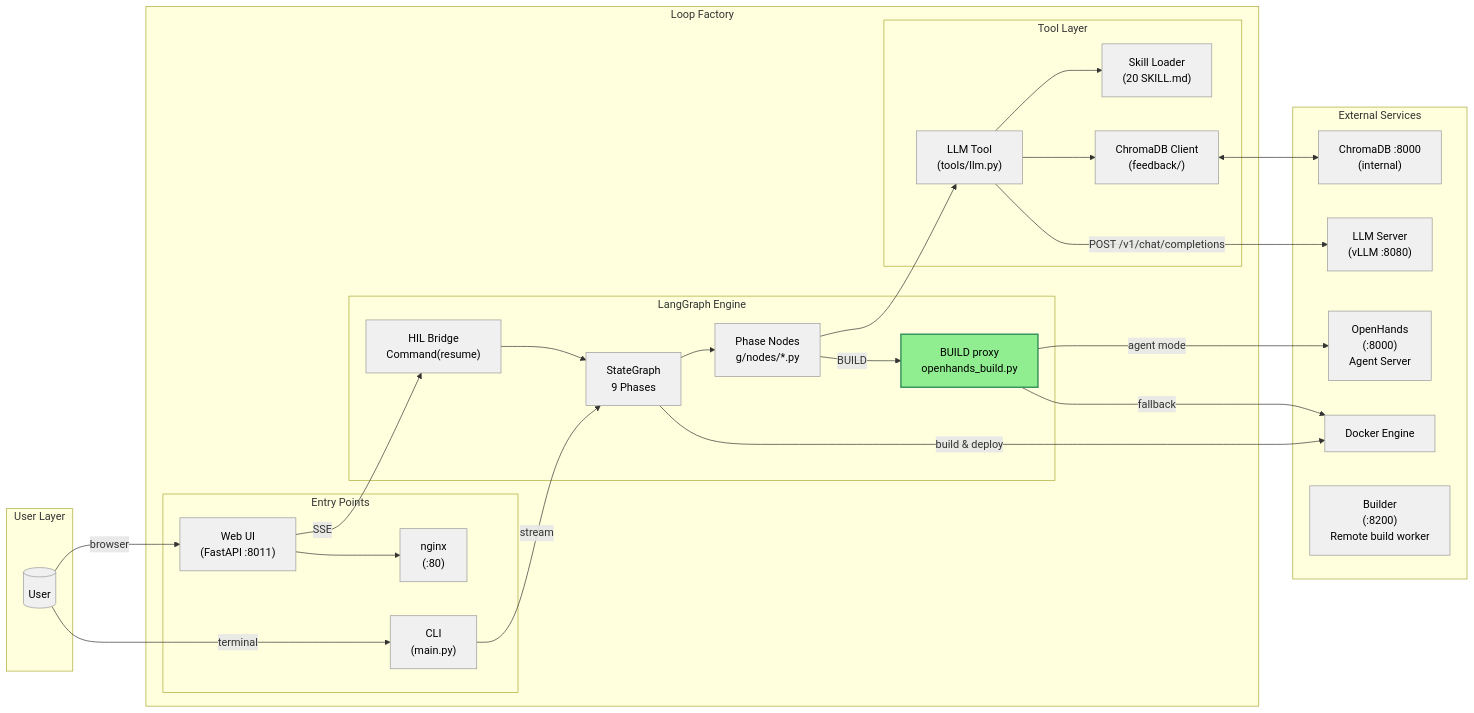
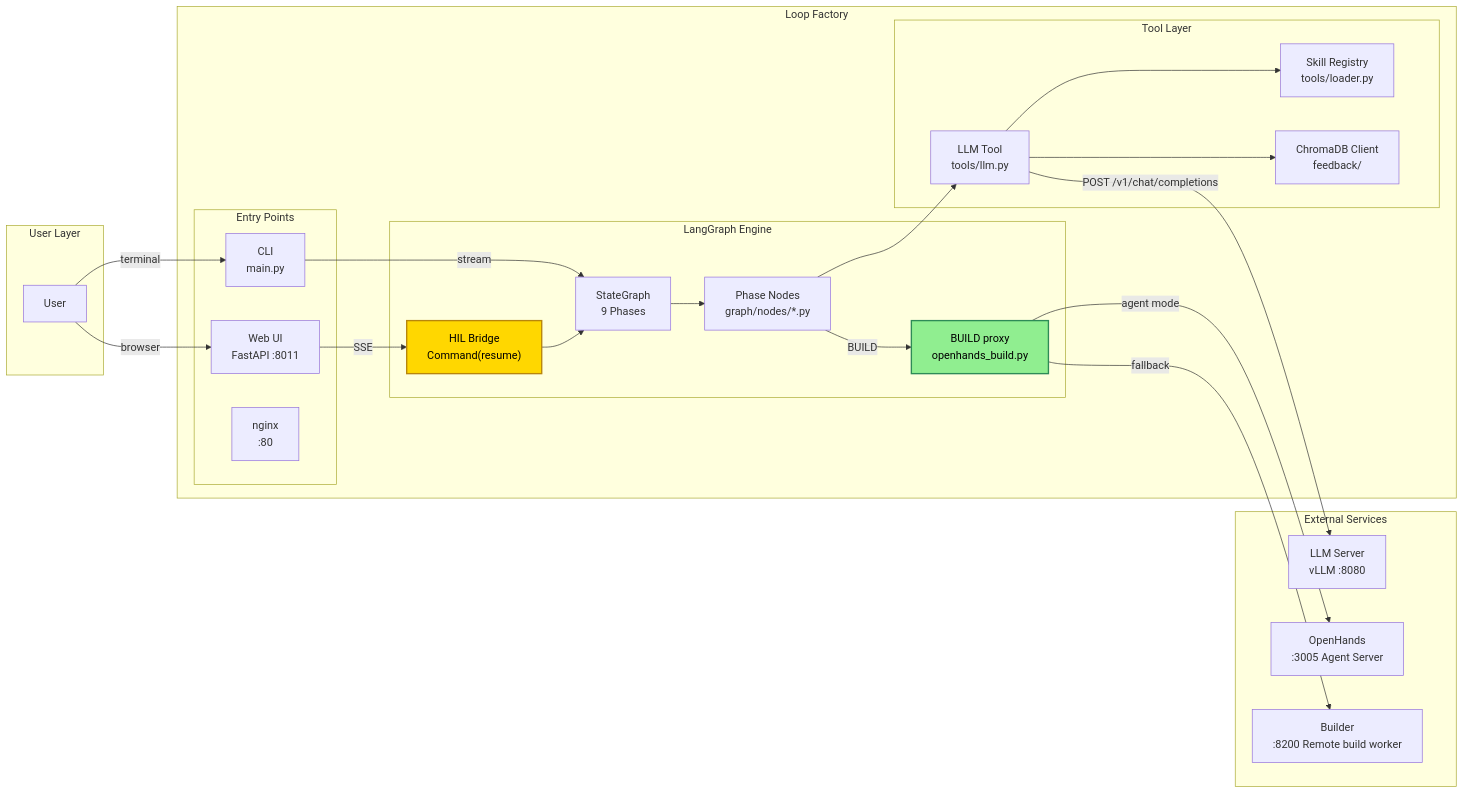
One commit to terrygzhou/loop_engineering_factory changed the third of 4 diagrams in README.md. Above: the diagram before and after it, drawn with Mermaid. The commit also changed other lines of this file and 8 other files, not shown here.

First line of the commit message:
refactor: clean state/routing, add WebSocket HIL service, update docs

````diff
--- a/README.md
+++ b/README.md
@@ -102,60 +117,52 @@
 ```mermaid
 graph LR
     subgraph User["User Layer"]
-        U[("User")]
+        U["User"]
     end
 
     subgraph LoopFactory["Loop Factory"]
         subgraph Entry["Entry Points"]
-            CLI["CLI\n(main.py)"]
-            WebUI["Web UI\n(FastAPI :8011)"]
-            Nginx["nginx\n(:80)"]
+            CLI["CLI<br/>main.py"]
+            WebUI["Web UI<br/>FastAPI :8011"]
+            Nginx["nginx<br/>:80"]
         end
 
         subgraph Engine["LangGraph Engine"]
-            Graph["StateGraph\n9 Phases"]
-            Nodes["Phase Nodes\ng/nodes/*.py"]
-            Bridge["HIL Bridge\nCommand(resume)"]
-            BuildProxy["BUILD proxy\nopenhands_build.py"]
+            Graph["StateGraph<br/>9 Phases"]
+            Nodes["Phase Nodes<br/>graph/nodes/*.py"]
+            Bridge["HIL Bridge<br/>Command(resume)"]
+            BuildProxy["BUILD proxy<br/>openhands_build.py"]
         end
 
         subgraph Tools["Tool Layer"]
-            LLM["LLM Tool\n(tools/llm.py)"]
-            Skills["Skill Loader\n(20 SKILL.md)"]
-            ChromaC["ChromaDB Client\n(feedback/)"]
+            LLM["LLM Tool<br/>tools/llm.py"]
+            Skills["Skill Registry<br/>tools/loader.py"]
+            ChromaC["ChromaDB Client<br/>feedback/"]
         end
     end
 
     subgraph External["External Services"]
-        LLM_Srv["LLM Server\n(vLLM :8080)"]
-        Docker["Docker Engine"]
-        Chroma["ChromaDB :8000\n(internal)"]
-        OpenHands["OpenHands\n(:8000)\nAgent Server"]
-        Builder["Builder\n(:8200)\nRemote build worker"]
+        LLM_Srv["LLM Server<br/>vLLM :8080"]
+        OpenHands["OpenHands<br/>:3005 Agent Server"]
+        Builder["Builder<br/>:8200 Remote build worker"]
     end
 
     U -->|browser| WebUI
     U -->|terminal| CLI
     CLI -->|stream| Graph
     WebUI -->|SSE| Bridge
     Bridge --> Graph
     Graph --> Nodes
     Nodes --> LLM
     LLM --> Skills
     LLM --> ChromaC
     LLM -->|"POST /v1/chat/completions"| LLM_Srv
-    Graph -->|"build & deploy"| Docker
-    ChromaC <--> Chroma
-    WebUI --> Nginx
-
-    %% BUILD: OpenHands agent delegation with legacy fallback
     Nodes -->|"BUILD"| BuildProxy
     BuildProxy -->|"agent mode"| OpenHands
-    BuildProxy -->|"fallback"| Docker
+    BuildProxy -->|"fallback"| Builder
 
-    classDef default fill:#F0F0F0,stroke:#999,stroke-width:1px,color:#000
     classDef hil fill:#FFD700,stroke:#B8860B,stroke-width:2px,color:#000
     classDef agent fill:#90EE90,stroke:#2E8B57,stroke-width:2px,color:#000
     class BuildProxy agent
-    class OpenHands,Builder external
+    class Bridge hil
 ```
````
